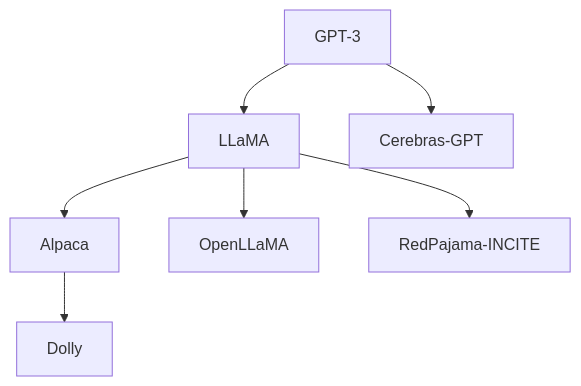
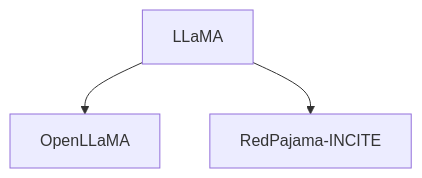
Diagram 18 of 20 in doc/llm.md (ted-sharp/chatvox), drawn with Mermaid before and after one commit. The commit also changed other lines of this file, not shown here.

````diff
--- a/doc/llm.md
+++ b/doc/llm.md
@@ -732,10 +761,6 @@
 ```mermaid
 flowchart
 
-GPT-3 --> LLaMA
-GPT-3 --> Cerebras-GPT
-LLaMA --> Alpaca --> Dolly
 LLaMA --> OpenLLaMA
 LLaMA --> RedPajama-INCITE
-
 ```
````
